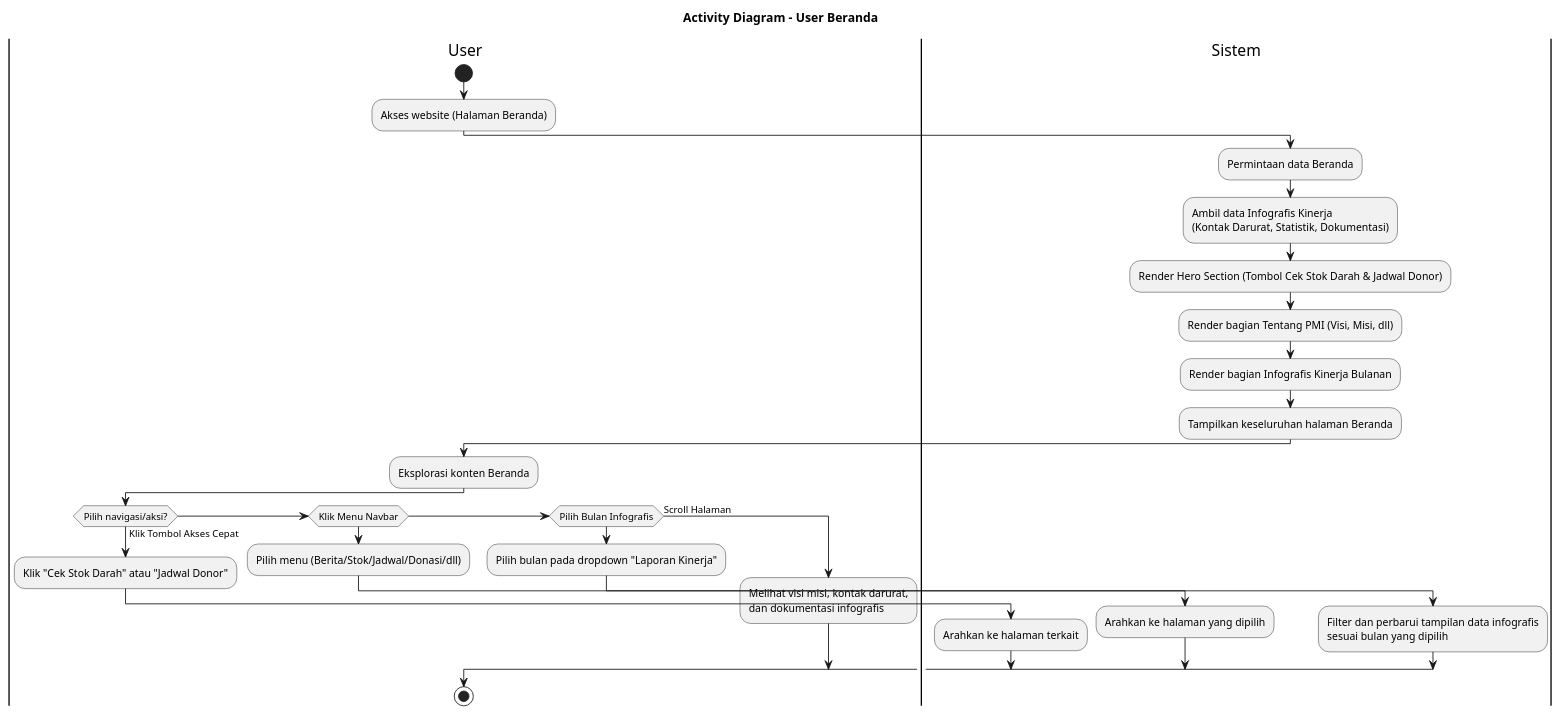
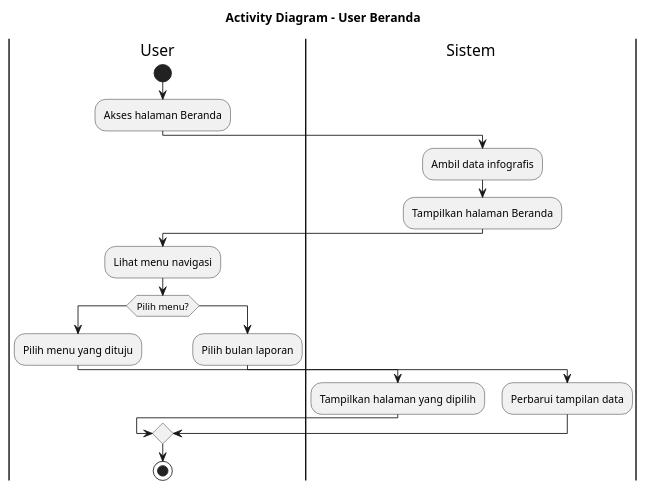
Before and after one commit to jaddu17/capstonepmikp: the diagram in diagram/activitydiagram_user_home.puml, drawn with PlantUML. The commit also changed 15 other files, not shown here.

Commit message:
activity diagram user

```diff
--- a/diagram/activitydiagram_user_home.puml
+++ b/diagram/activitydiagram_user_home.puml
@@ -1,44 +1,34 @@
-@startuml ACTIVITY_DIAGRAM_USER_HOME
+@startuml ACTIVITY_DIAGRAM_USER_BERANDA
 title Activity Diagram - User Beranda
 
 |User|
 start
-:Akses website (Halaman Beranda);
+:Akses halaman Beranda;
 
 |Sistem|
-:Permintaan data Beranda;
-:Ambil data Infografis Kinerja 
-(Kontak Darurat, Statistik, Dokumentasi);
-:Render Hero Section (Tombol Cek Stok Darah & Jadwal Donor);
-:Render bagian Tentang PMI (Visi, Misi, dll);
-:Render bagian Infografis Kinerja Bulanan;
-:Tampilkan keseluruhan halaman Beranda;
+:Ambil data infografis;
+:Tampilkan halaman Beranda;
 
 |User|
-:Eksplorasi konten Beranda;
+:Lihat menu navigasi;
 
-if (Pilih navigasi/aksi?) then (Klik Tombol Akses Cepat)
-  :Klik "Cek Stok Darah" atau "Jadwal Donor";
-  |Sistem|
-  :Arahkan ke halaman terkait;
-else if (Klik Menu Navbar)
-  |User|
-  :Pilih menu (Berita/Stok/Jadwal/Donasi/dll);
-  |Sistem|
-  :Arahkan ke halaman yang dipilih;
-else if (Pilih Bulan Infografis)
-  |User|
-  :Pilih bulan pada dropdown "Laporan Kinerja";
-  |Sistem|
-  :Filter dan perbarui tampilan data infografis 
-  sesuai bulan yang dipilih;
-else (Scroll Halaman)
-  |User|
-  :Melihat visi misi, kontak darurat, 
-  dan dokumentasi infografis;
+if (Pilih menu?) 
+
+    :Pilih menu yang dituju;
+
+    |Sistem|
+    :Tampilkan halaman yang dipilih;
+
+else ()
+
+    |User|
+    :Pilih bulan laporan;
+
+    |Sistem|
+    :Perbarui tampilan data;
+
 endif
 
 |User|
 stop
-
 @enduml
```
